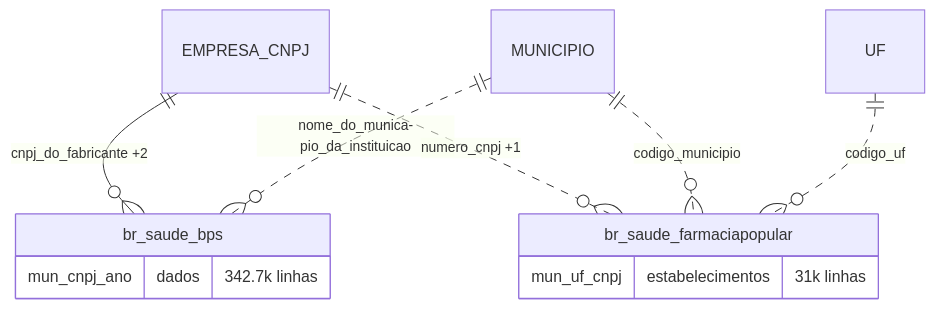
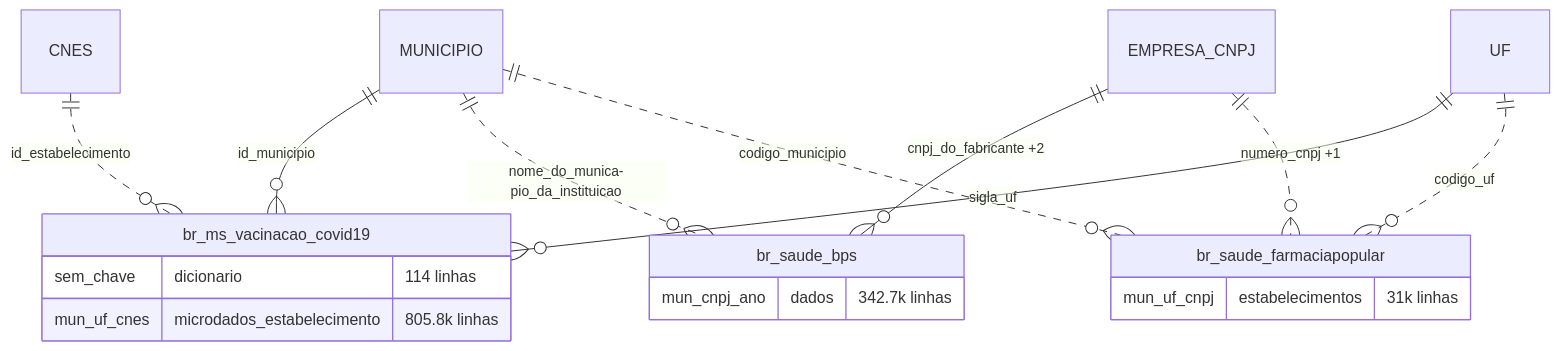
Before and after one commit to rafapolo/rodado: the fifth of 26 diagrams in docs/mapa/ERD.md, drawn with Mermaid. The commit also changed other lines of this file and 5 other files, not shown here.

````diff
--- a/docs/mapa/ERD.md
+++ b/docs/mapa/ERD.md
@@ -407,14 +405,21 @@
 ```mermaid
 erDiagram
+    CNES ||..o{ br_ms_vacinacao_covid19 : "id_estabelecimento"
+    MUNICIPIO ||--o{ br_ms_vacinacao_covid19 : "id_municipio"
+    UF ||--o{ br_ms_vacinacao_covid19 : "sigla_uf"
     EMPRESA_CNPJ ||--o{ br_saude_bps : "cnpj_do_fabricante +2"
     MUNICIPIO ||..o{ br_saude_bps : "nome_do_munica­pio_da_instituicao"
     EMPRESA_CNPJ ||..o{ br_saude_farmaciapopular : "numero_cnpj +1"
     MUNICIPIO ||..o{ br_saude_farmaciapopular : "codigo_municipio"
     UF ||..o{ br_saude_farmaciapopular : "codigo_uf"
+    br_ms_vacinacao_covid19 {
+        sem_chave dicionario "114 linhas"
+        mun_uf_cnes microdados_estabelecimento "805.8k linhas"
+    }
     br_saude_bps {
         mun_cnpj_ano dados "342.7k linhas"
     }
     br_saude_farmaciapopular {
         mun_uf_cnpj estabelecimentos "31k linhas"
     }
 ```
````
